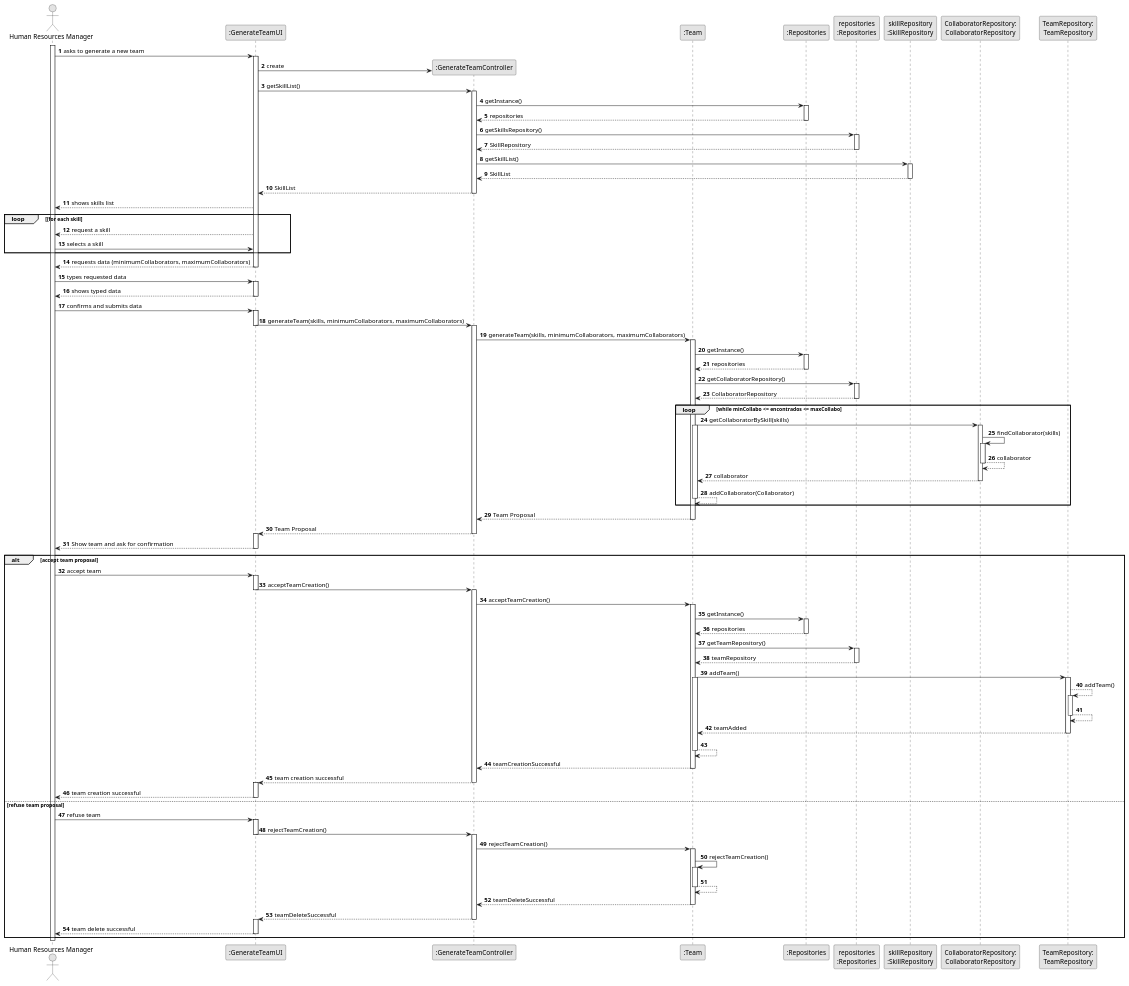
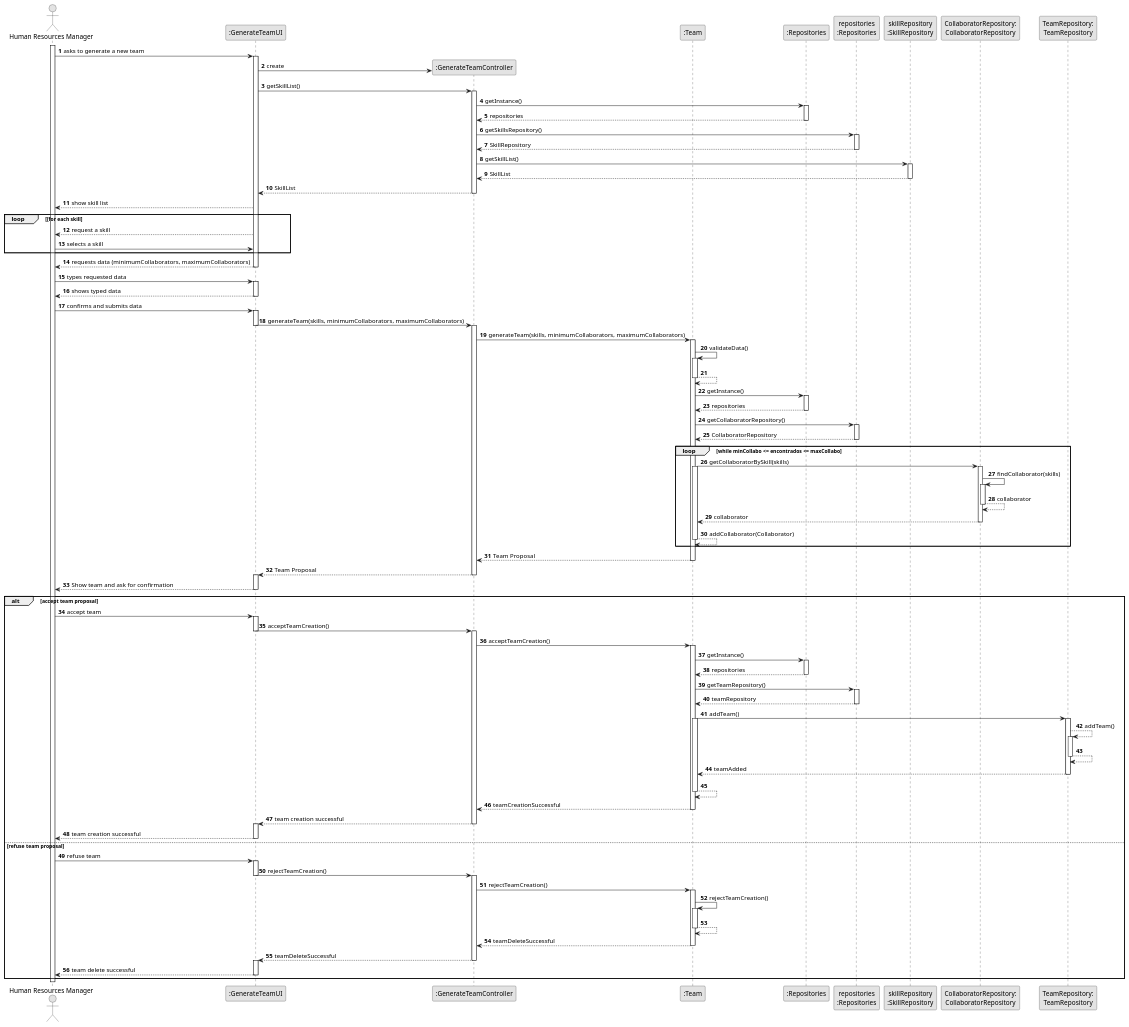
Before and after one commit to SAEmanuel/Green_Spaces_Management_ISEP: the diagram in docs/sprintB/us005/03.design/puml/us005-sequence-diagram-full.puml, drawn with PlantUML. The commit also changed 5 other files, not shown here.

```diff
--- a/docs/sprintB/us005/03.design/puml/us005-sequence-diagram-full.puml
+++ b/docs/sprintB/us005/03.design/puml/us005-sequence-diagram-full.puml
@@ -50,7 +50,7 @@
                 CTRL --> UI : SkillList
             deactivate CTRL
 
-            UI --> HRM : shows skills list
+            UI --> HRM : show skill list
     loop [for each skill
             UI --> HRM : request a skill
 
@@ -82,6 +82,12 @@
 
         activate Team
 
+
+                    Team -> Team : validateData()
+                    activate Team
+
+                    Team --> Team :
+                    deactivate Team
 
                     Team -> RepositorySingleton : getInstance()
 
```
